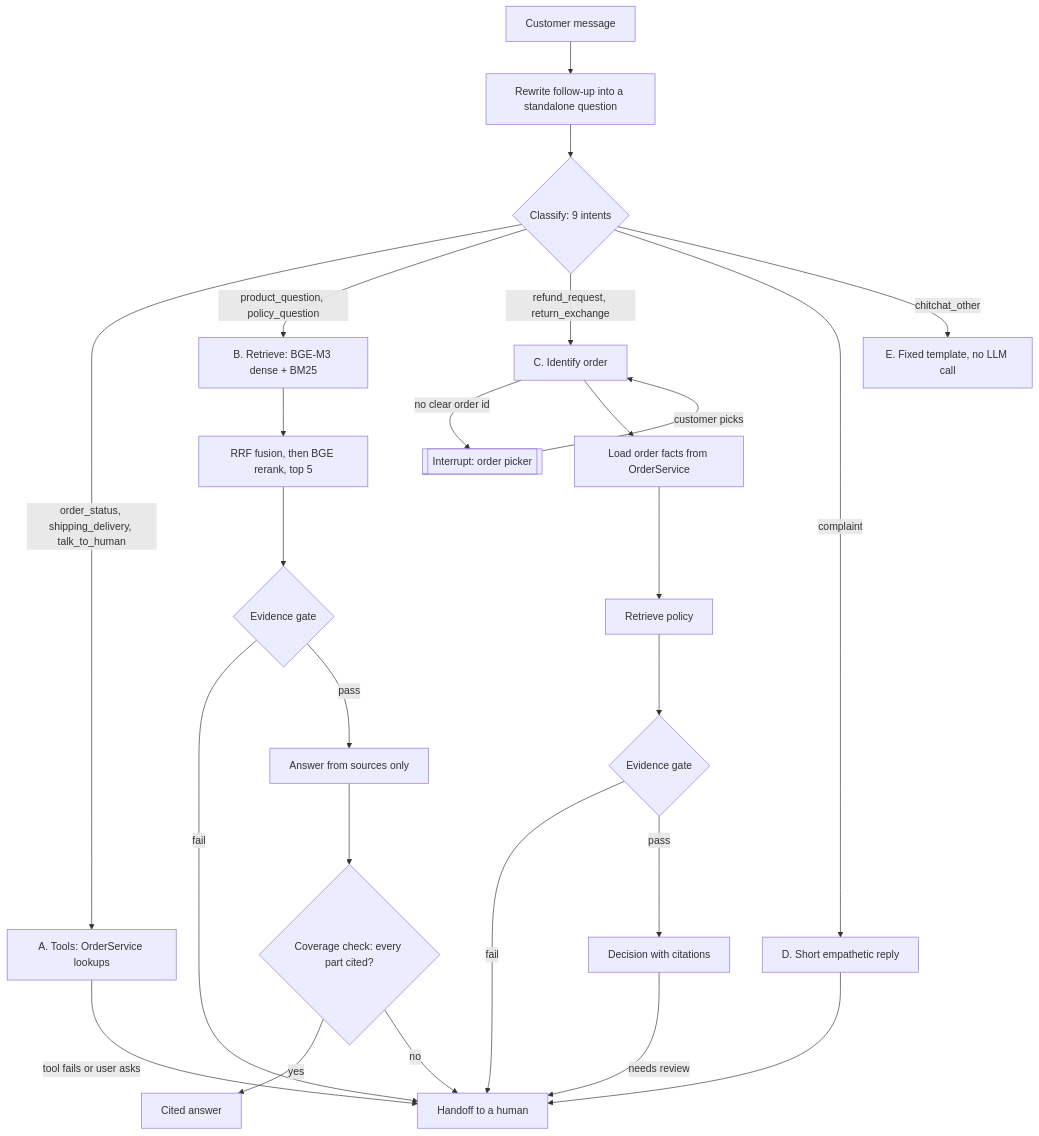
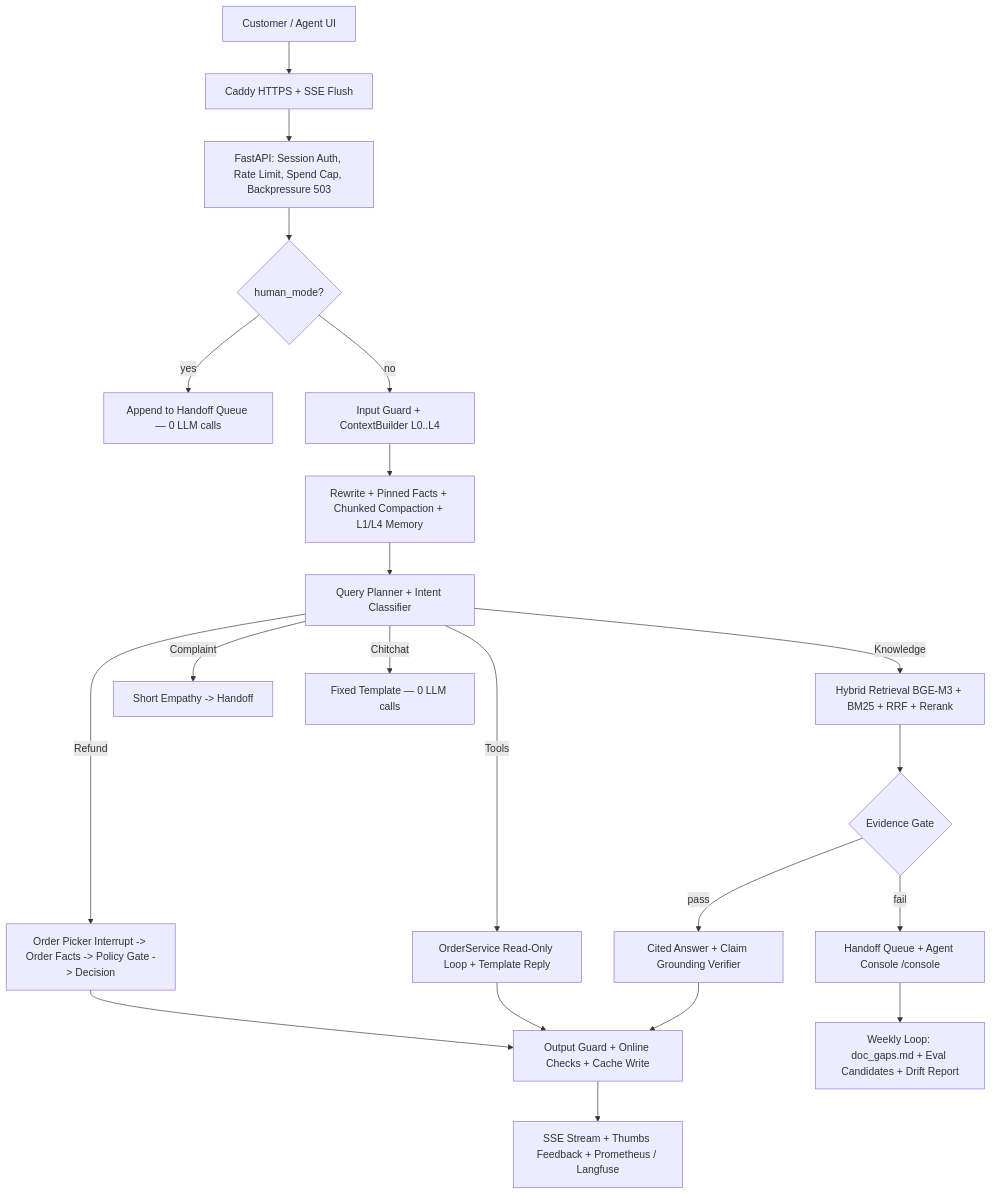
The diagram in README.md (WongAnneLister/Atlas), drawn with Mermaid before and after one commit. The commit also changed other lines of this file and 18 other files, not shown here.

````diff
--- a/README.md
+++ b/README.md
@@ -74,30 +105,23 @@
 ```mermaid
 flowchart TD
-    U[Customer message] --> RW[Rewrite follow-up into a standalone question]
-    RW --> CL{Classify: 9 intents}
-    CL -->|order_status, shipping_delivery, talk_to_human| A[A. Tools: OrderService lookups]
-    CL -->|product_question, policy_question| B1[B. Retrieve: BGE-M3 dense + BM25]
-    CL -->|refund_request, return_exchange| C1[C. Identify order]
-    CL -->|complaint| D[D. Short empathetic reply]
-    CL -->|chitchat_other| E[E. Fixed template, no LLM call]
-
-    B1 --> B2[RRF fusion, then BGE rerank, top 5]
-    B2 --> G{Evidence gate}
-    G -->|fail| H[Handoff to a human]
-    G -->|pass| B3[Answer from sources only]
-    B3 --> CV{Coverage check: every part cited?}
-    CV -->|yes| OUT[Cited answer]
-    CV -->|no| H
-
-    C1 -->|no clear order id| PK[[Interrupt: order picker]]
-    PK -->|customer picks| C1
-    C1 --> C2[Load order facts from OrderService]
-    C2 --> C3[Retrieve policy]
-    C3 --> CG{Evidence gate}
-    CG -->|fail| H
-    CG -->|pass| C4[Decision with citations]
-    C4 -->|needs review| H
-
-    A -->|tool fails or user asks| H
-    D --> H
+    U[Customer / Agent UI] --> CADDY[Caddy HTTPS + SSE Flush]
+    CADDY --> API[FastAPI: Session Auth, Rate Limit, Spend Cap, Backpressure 503]
+    API --> HM{human_mode?}
+    HM -->|yes| QMSG[Append to Handoff Queue — 0 LLM calls]
+    HM -->|no| IG[Input Guard + ContextBuilder L0..L4]
+    IG --> RW[Rewrite + Pinned Facts + Chunked Compaction + L1/L4 Memory]
+    RW --> PL[Query Planner + Intent Classifier]
+    PL -->|Tools| A[OrderService Read-Only Loop + Template Reply]
+    PL -->|Knowledge| B[Hybrid Retrieval BGE-M3 + BM25 + RRF + Rerank]
+    PL -->|Refund| C[Order Picker Interrupt -> Order Facts -> Policy Gate -> Decision]
+    PL -->|Complaint| D[Short Empathy -> Handoff]
+    PL -->|Chitchat| E[Fixed Template — 0 LLM calls]
+    B --> G{Evidence Gate}
+    G -->|fail| H[Handoff Queue + Agent Console /console]
+    G -->|pass| ANS[Cited Answer + Claim Grounding Verifier]
+    ANS --> OG[Output Guard + Online Checks + Cache Write]
+    A --> OG
+    C --> OG
+    OG --> SSE[SSE Stream + Thumbs Feedback + Prometheus / Langfuse]
+    H --> LOOP[Weekly Loop: doc_gaps.md + Eval Candidates + Drift Report]
 ```
````
